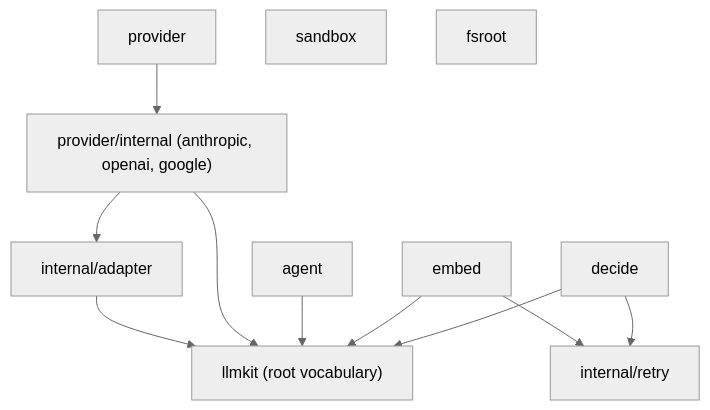
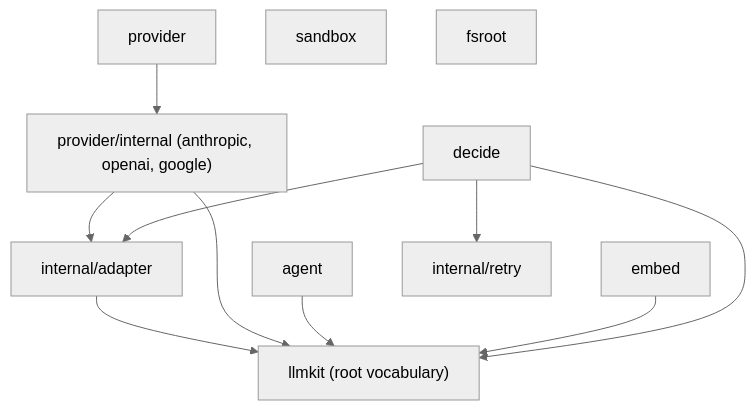
One commit to dpoage/llmkit changed the diagram in docs/design.md. Above: the diagram before and after it, drawn with Mermaid (neutral theme). The commit also changed other lines of this file and 2 other files, not shown here.

Commit message:
decide: docs fix — layering shows decide -> internal/adapter, oracle nits (llmkit-6tp.3)

````diff
--- a/docs/design.md
+++ b/docs/design.md
@@ -12,15 +12,15 @@
 ```mermaid
 flowchart TD
     AGENT["agent"]
     PROV["provider"] --> ADAPTERS["provider/internal (anthropic, openai, google)"]
     ADAPTERS --> IA["internal/adapter"]
     IA --> ROOT["llmkit (root vocabulary)"]
     ADAPTERS --> ROOT
     AGENT --> ROOT
     EMBED["embed"] --> ROOT
     DECIDE["decide"] --> ROOT
-    EMBED --> RETRY["internal/retry"]
-    DECIDE --> RETRY
+    DECIDE --> IA
+    DECIDE --> RETRY["internal/retry"]
     SANDBOX["sandbox"]
     FSROOT["fsroot"]
 ```
````
